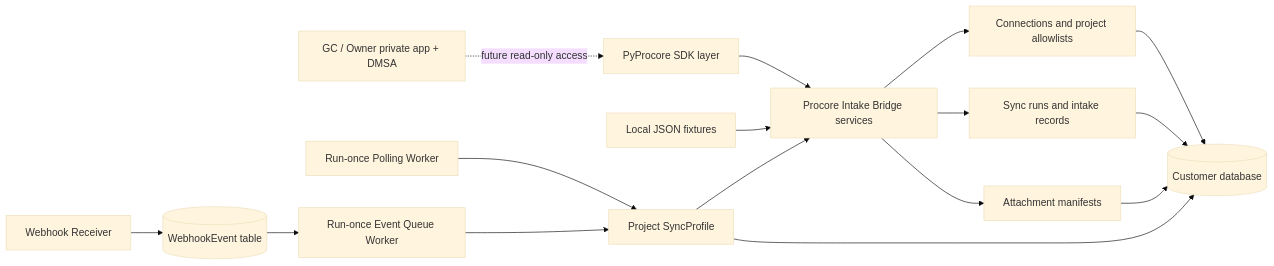
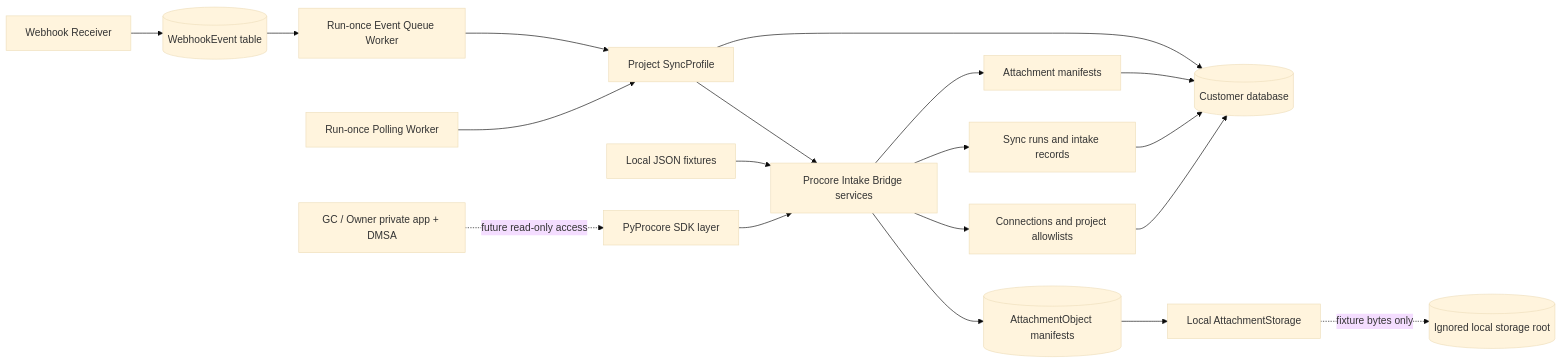
Before and after one commit to vibhanshu-mishra/procore-intake-bridge: the diagram in docs/architecture.md, drawn with Mermaid (base theme). The commit also changed other lines of this file and 28 other files, not shown here.

Commit message:
Add attachment storage planning

````diff
--- a/docs/architecture.md
+++ b/docs/architecture.md
@@ -5,18 +5,21 @@
 ```mermaid
 flowchart LR
     A["GC / Owner private app + DMSA"] -. "future read-only access" .-> B["PyProcore SDK layer"]
     B --> C["Procore Intake Bridge services"]
     C --> D["Connections and project allowlists"]
     C --> E["Sync runs and intake records"]
     C --> F["Attachment manifests"]
     D --> G[("Customer database")]
     E --> G
     F --> G
     H["Local JSON fixtures"] --> C
     I["Run-once Polling Worker"] --> J["Project SyncProfile"]
     J --> C
     J --> G
     K["Webhook Receiver"] --> L[("WebhookEvent table")]
     L --> M["Run-once Event Queue Worker"]
     M --> J
+    C --> N[("AttachmentObject manifests")]
+    N --> O["Local AttachmentStorage"]
+    O -. "fixture bytes only" .-> P[("Ignored local storage root")]
 ```
````
